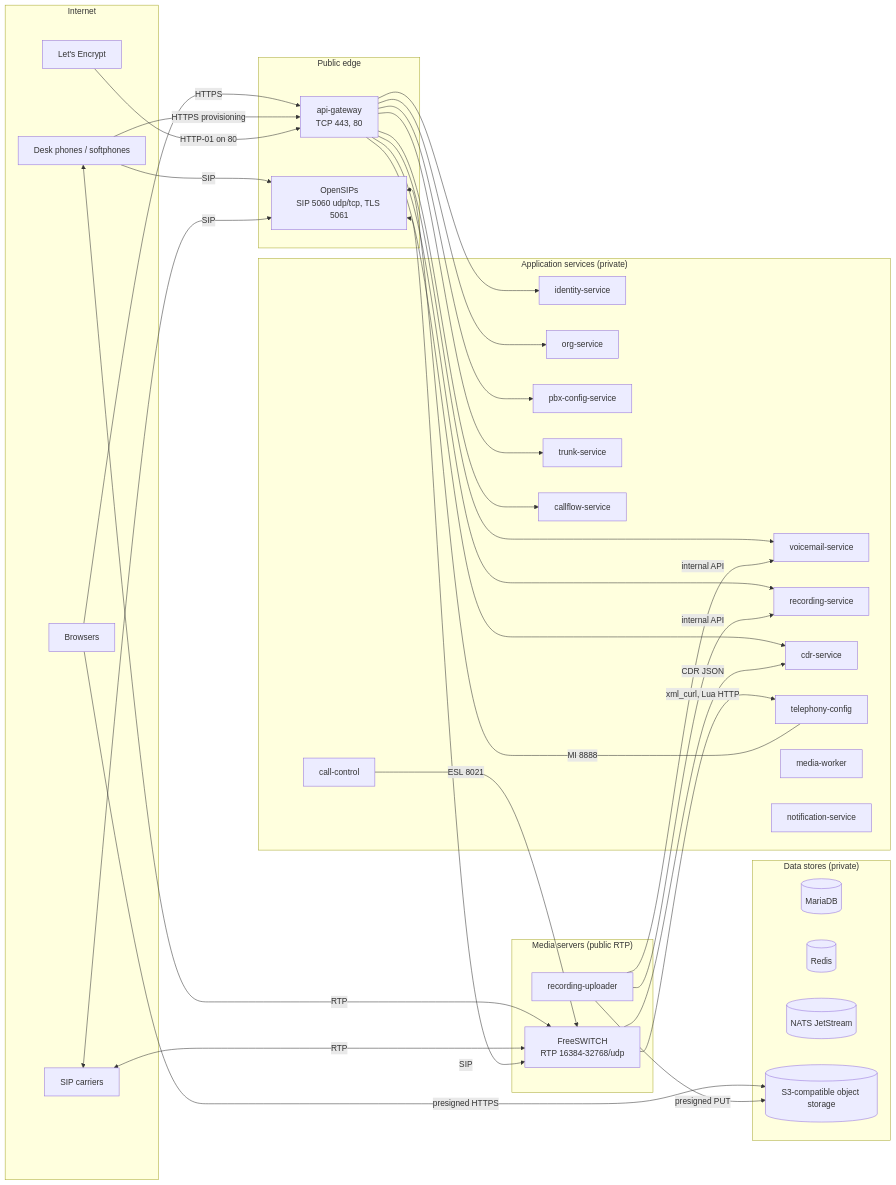
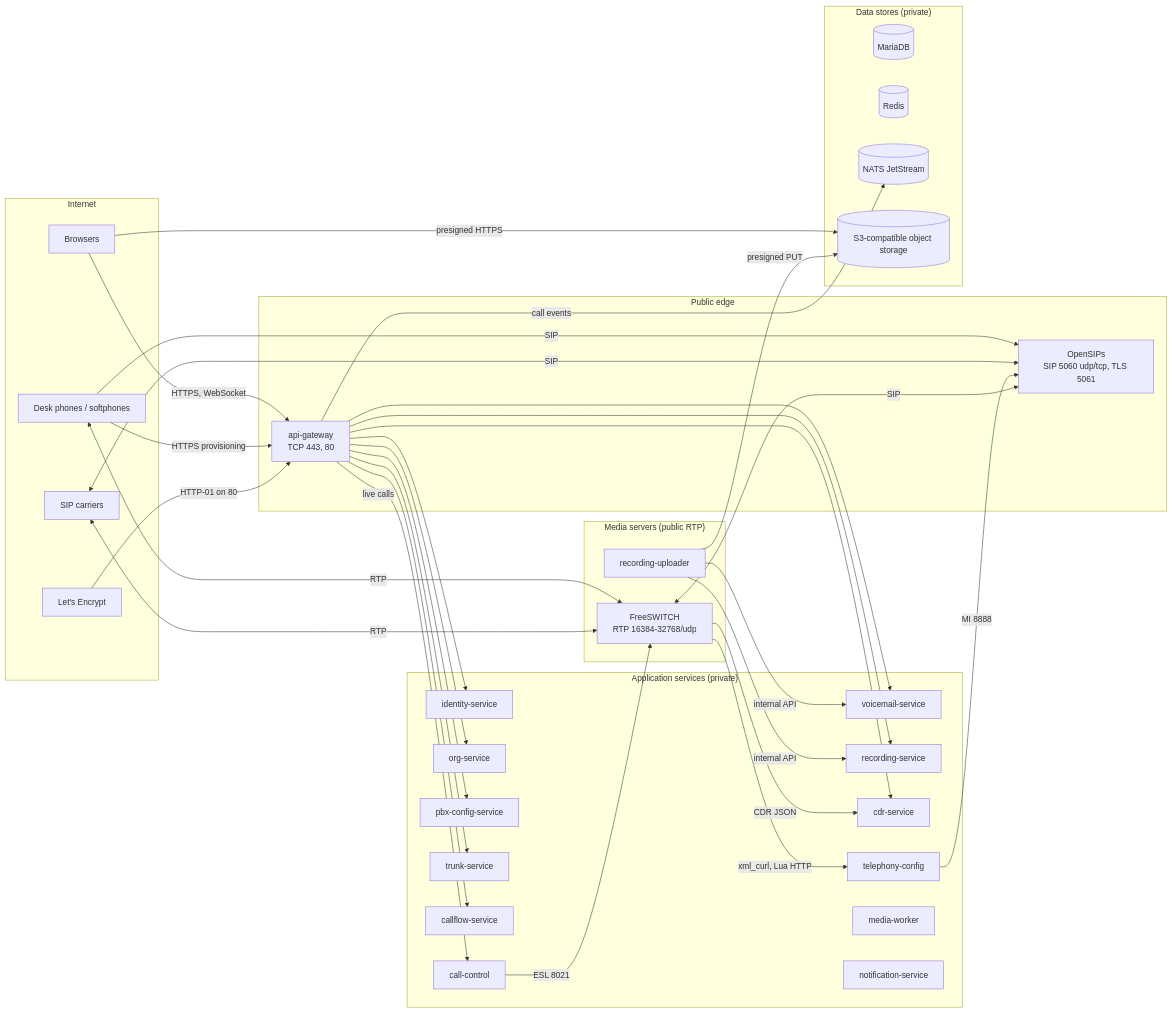
Before and after one commit to conductor-uc/conductor-uc: the diagram in docs/operations/components.md, drawn with Mermaid. The commit also changed other lines of this file and 11 other files, not shown here.

````diff
--- a/docs/operations/components.md
+++ b/docs/operations/components.md
@@ -7,59 +7,61 @@
 ```mermaid
 flowchart LR
   subgraph Internet
     phone[Desk phones / softphones]
     carrier[SIP carriers]
     browser[Browsers]
     le[Let's Encrypt]
   end
 
   subgraph Edge["Public edge"]
     gw[api-gateway<br/>TCP 443, 80]
     osips[OpenSIPs<br/>SIP 5060 udp/tcp, TLS 5061]
   end
 
   subgraph Media["Media servers (public RTP)"]
     fs[FreeSWITCH<br/>RTP 16384-32768/udp]
     up[recording-uploader]
   end
 
   subgraph App["Application services (private)"]
     identity[identity-service]
     org[org-service]
     pbx[pbx-config-service]
     trunk[trunk-service]
     callflow[callflow-service]
     vm[voicemail-service]
     rec[recording-service]
     cdr[cdr-service]
     tc[telephony-config]
     cc[call-control]
     mw[media-worker]
     notif[notification-service]
   end
 
   subgraph Data["Data stores (private)"]
     db[(MariaDB)]
     redis[(Redis)]
     nats[(NATS JetStream)]
     s3[(S3-compatible object storage)]
   end
 
-  browser -->|HTTPS| gw
+  browser -->|HTTPS, WebSocket| gw
   phone -->|HTTPS provisioning| gw
   le -->|HTTP-01 on 80| gw
   phone -->|SIP| osips
   carrier <-->|SIP| osips
   phone <-->|RTP| fs
   carrier <-->|RTP| fs
   browser -->|presigned HTTPS| s3
 
   gw --> identity & org & pbx & trunk & callflow & vm & rec & cdr
+  gw -->|live calls| cc
+  gw -->|call events| nats
   osips <-->|SIP| fs
   fs -->|xml_curl, Lua HTTP| tc
   fs -->|CDR JSON| cdr
   cc -->|ESL 8021| fs
   tc -->|MI 8888| osips
   up -->|internal API| rec & vm
   up -->|presigned PUT| s3
 ```
````
